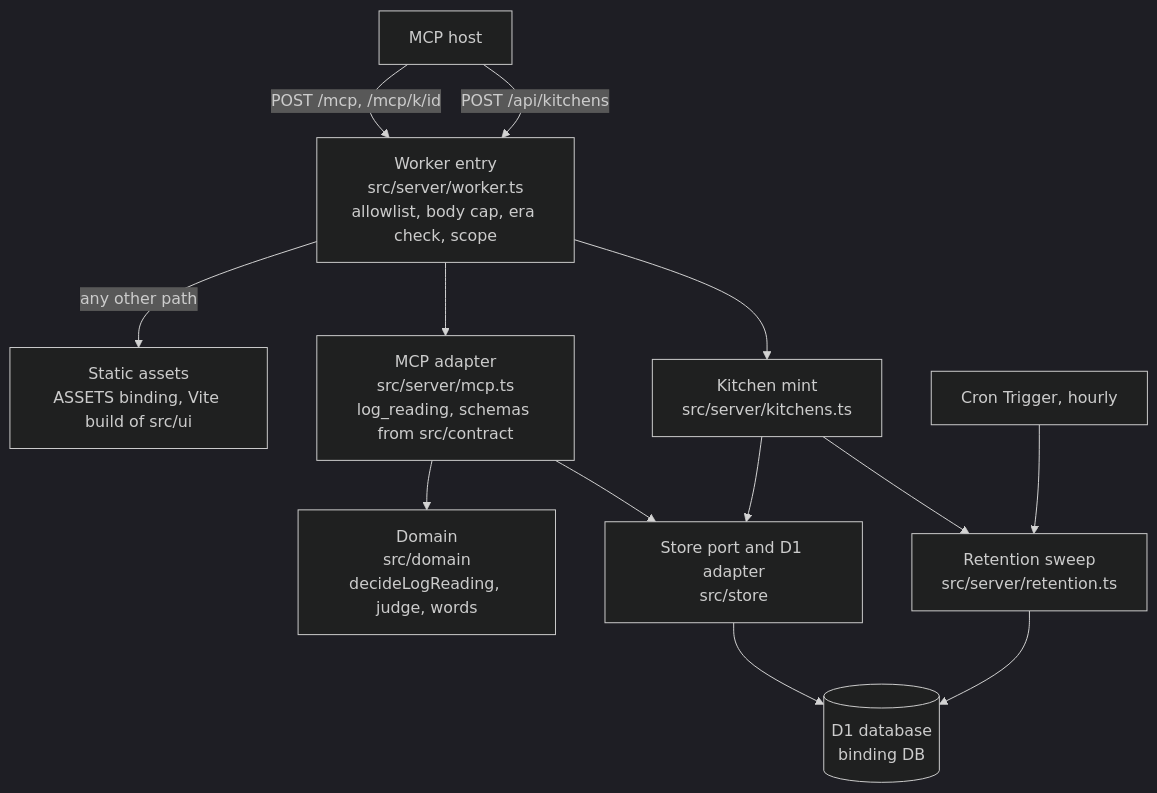
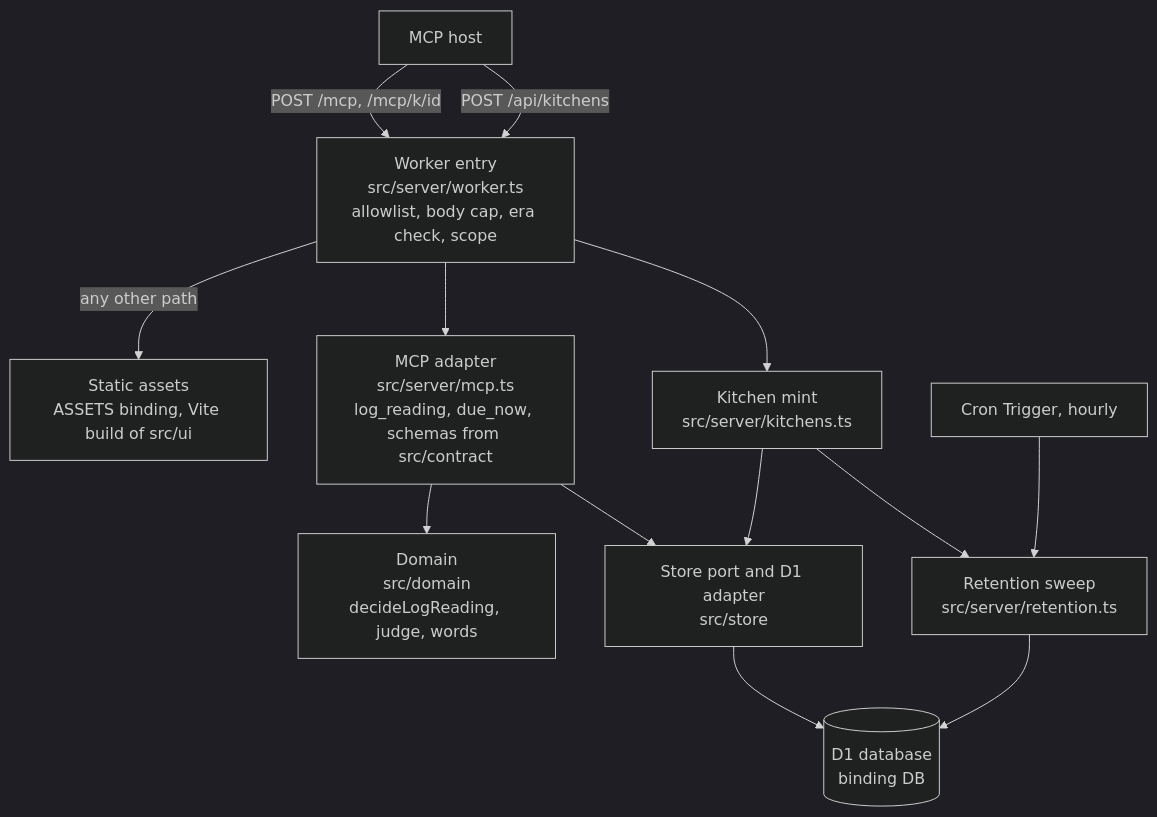
Before and after one commit to voyagi/tolsey: the diagram in docs/ARCHITECTURE.md, drawn with Mermaid (dark theme). The commit also changed other lines of this file and 4 other files, not shown here.

First line of the commit message:
feat(02-06): register due_now, the open checks for the day

````diff
--- a/docs/ARCHITECTURE.md
+++ b/docs/ARCHITECTURE.md
@@ -32,15 +32,15 @@
 ```mermaid
 graph TD
   Host["MCP host"] -->|"POST /mcp, /mcp/k/id"| Worker
   Host -->|"POST /api/kitchens"| Worker
   Worker["Worker entry<br/>src/server/worker.ts<br/>allowlist, body cap, era check, scope"] -->|"any other path"| Assets["Static assets<br/>ASSETS binding, Vite build of src/ui"]
-  Worker --> Mcp["MCP adapter<br/>src/server/mcp.ts<br/>log_reading, schemas from src/contract"]
+  Worker --> Mcp["MCP adapter<br/>src/server/mcp.ts<br/>log_reading, due_now, schemas from src/contract"]
   Worker --> Kitchens["Kitchen mint<br/>src/server/kitchens.ts"]
   Mcp --> Domain["Domain<br/>src/domain<br/>decideLogReading, judge, words"]
   Mcp --> Store["Store port and D1 adapter<br/>src/store"]
   Kitchens --> Store
   Kitchens --> Retention["Retention sweep<br/>src/server/retention.ts"]
   Cron["Cron Trigger, hourly"] --> Retention
   Store --> D1[("D1 database<br/>binding DB")]
   Retention --> D1
 ```
````
